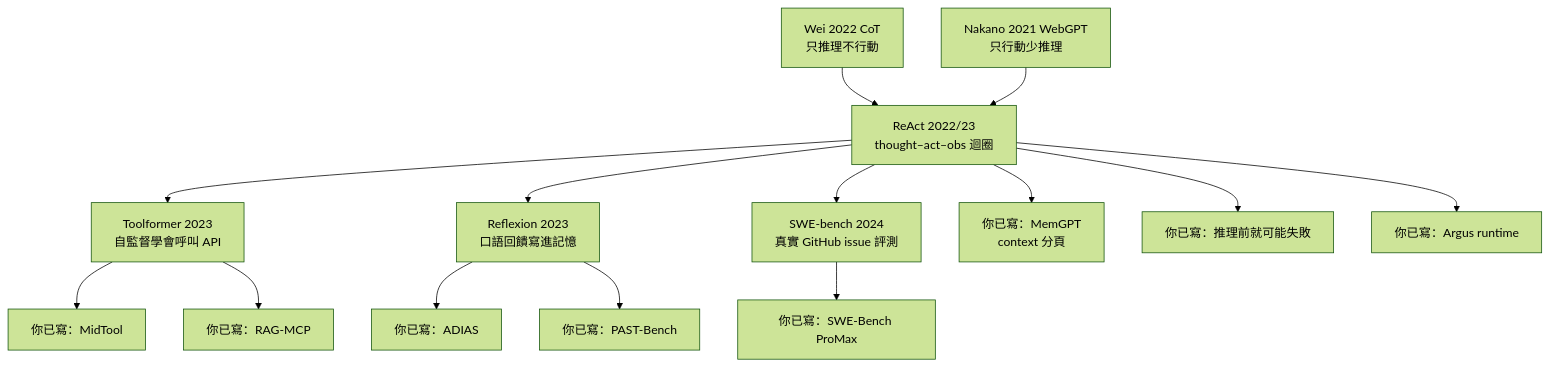
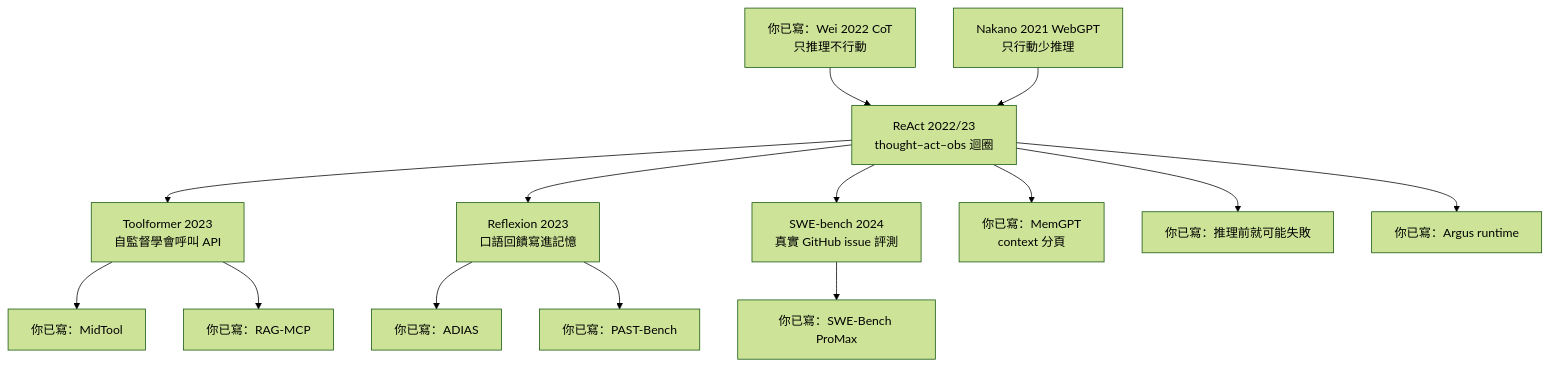
The diagram in src/content/blog/91-agent-method-foundation-reading-map.md (poirotw66/poirotw66.github.io), drawn with Mermaid (forest theme) before and after one commit. The commit also changed other lines of this file and 11 other files, not shown here.

````diff
--- a/src/content/blog/91-agent-method-foundation-reading-map.md
+++ b/src/content/blog/91-agent-method-foundation-reading-map.md
@@ -45,18 +45,18 @@
 ```mermaid
 flowchart TB
-  CoT["Wei 2022 CoT<br/>只推理不行動"]
+  CoT["你已寫：Wei 2022 CoT<br/>只推理不行動"]
   WebGPT["Nakano 2021 WebGPT<br/>只行動少推理"]
   CoT --> ReAct["ReAct 2022/23<br/>thought–act–obs 迴圈"]
   WebGPT --> ReAct
   ReAct --> Toolformer["Toolformer 2023<br/>自監督學會呼叫 API"]
   ReAct --> Reflexion["Reflexion 2023<br/>口語回饋寫進記憶"]
   ReAct --> SWEb["SWE-bench 2024<br/>真實 GitHub issue 評測"]
   ReAct --> MemGPT["你已寫：MemGPT<br/>context 分頁"]
   Toolformer --> MidTool["你已寫：MidTool"]
   Toolformer --> RAGMCP["你已寫：RAG-MCP"]
   Reflexion --> ADIAS["你已寫：ADIAS"]
   Reflexion --> PAST["你已寫：PAST-Bench"]
   SWEb --> ProMax["你已寫：SWE-Bench ProMax"]
   ReAct --> ReadGate["你已寫：推理前就可能失敗"]
   ReAct --> Argus["你已寫：Argus runtime"]
 ```
````
